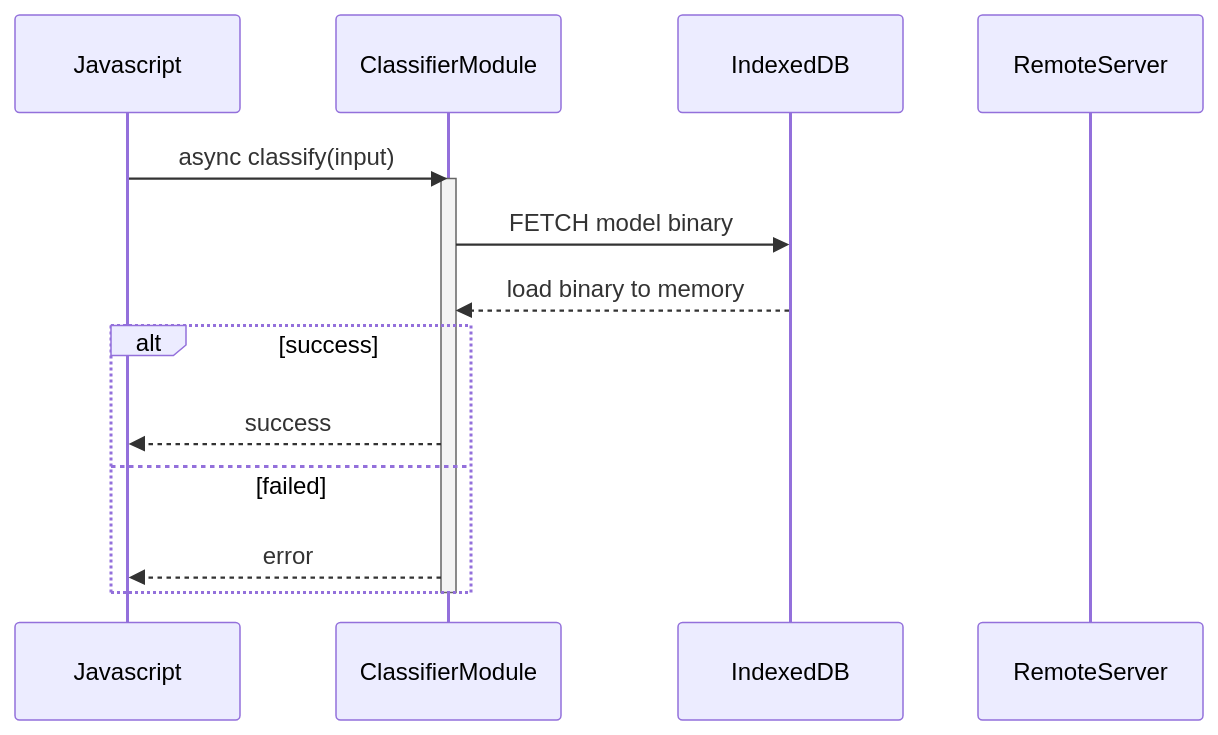
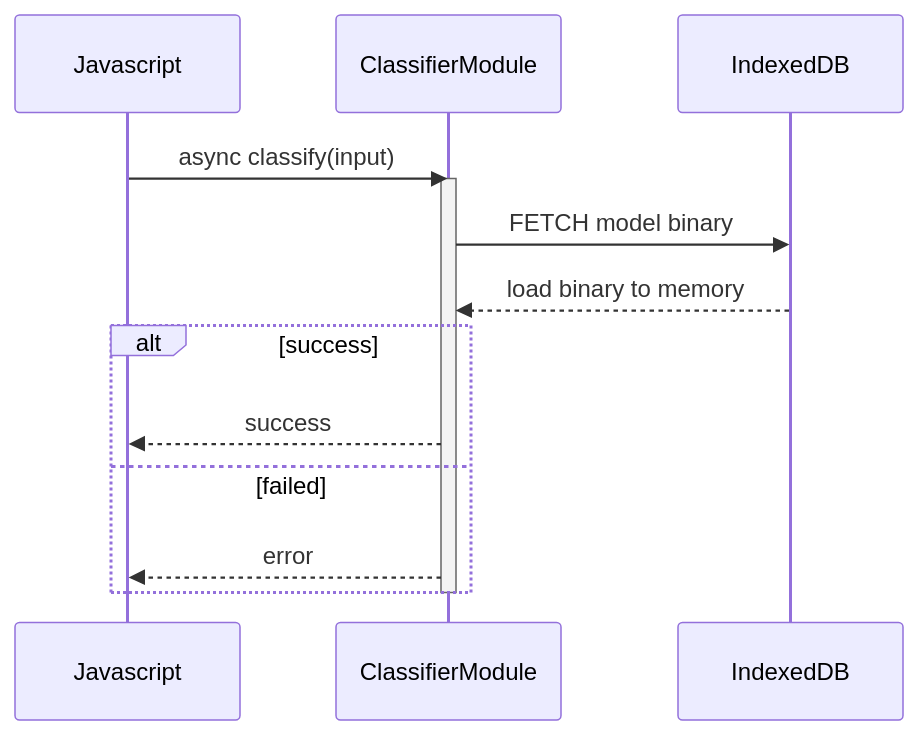
One commit to HungNgKh/zinnia-demo changed the second of 2 diagrams in README.md. Above: the diagram before and after it, drawn with Mermaid.

Commit message:
remove RemoteServer in classify sequence

````diff
--- a/README.md
+++ b/README.md
@@ -115,18 +115,17 @@
 ```mermaid
 sequenceDiagram;
   participant Javascript
   participant ClassifierModule
   participant IndexedDB
-  participant RemoteServer
 
   Javascript->>ClassifierModule: async classify(input)
   activate ClassifierModule
   ClassifierModule->>IndexedDB: FETCH model binary
   IndexedDB-->>ClassifierModule: load binary to memory
   alt success
     ClassifierModule-->>Javascript: success
   else failed
     ClassifierModule-->>Javascript: error
   end
   deactivate ClassifierModule
 ```
````
